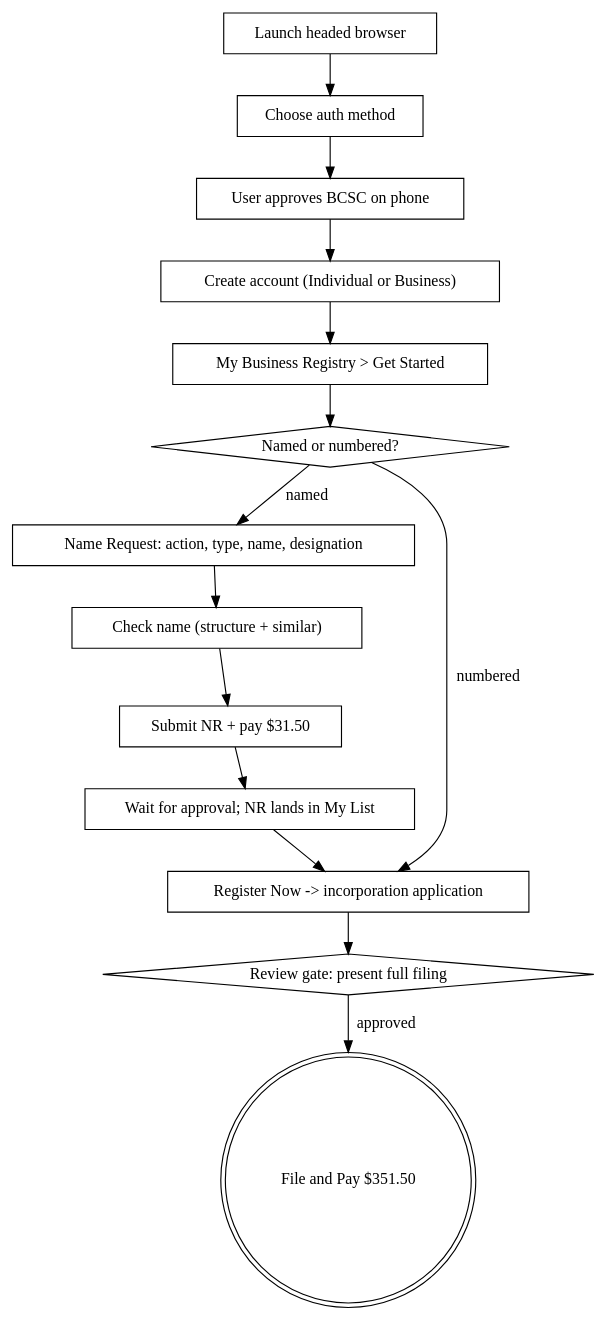
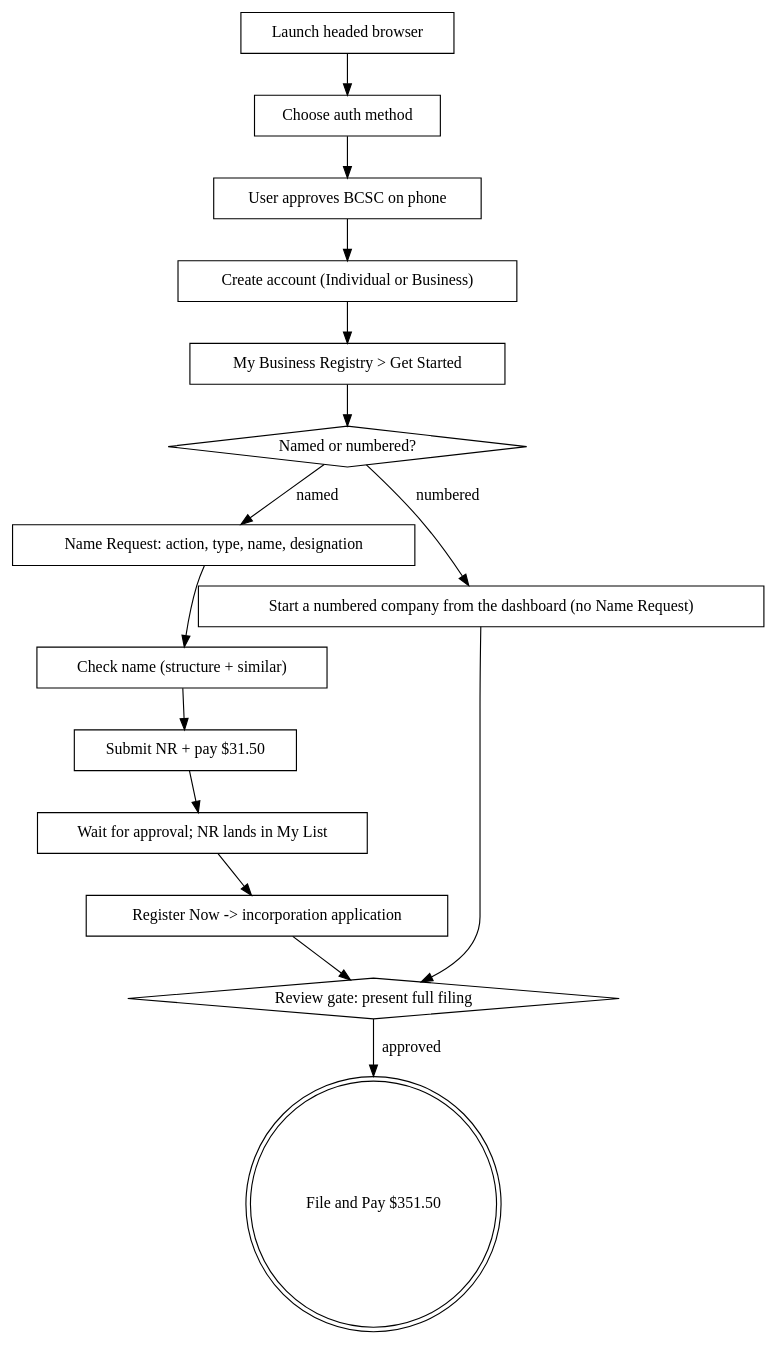
Before and after one commit to pooriaarab/skills: the diagram in bc-incorporation/SKILL.md, drawn with Graphviz. The commit also changed other lines of this file and 1 other file, not shown here.

First line of the commit message:
Fix the numbered path and offscreen choices

````diff
--- a/bc-incorporation/SKILL.md
+++ b/bc-incorporation/SKILL.md
@@ -49,31 +49,33 @@
 ```dot
 digraph inc {
   "Launch headed browser" [shape=box];
   "Choose auth method" [shape=box];
   "User approves BCSC on phone" [shape=box];
   "Create account (Individual or Business)" [shape=box];
   "My Business Registry > Get Started" [shape=box];
   "Named or numbered?" [shape=diamond];
   "Name Request: action, type, name, designation" [shape=box];
   "Check name (structure + similar)" [shape=box];
   "Submit NR + pay $31.50" [shape=box];
   "Wait for approval; NR lands in My List" [shape=box];
   "Register Now -> incorporation application" [shape=box];
+  "Start a numbered company from the dashboard (no Name Request)" [shape=box];
   "Review gate: present full filing" [shape=diamond];
   "File and Pay $351.50" [shape=doublecircle];
 
   "Launch headed browser" -> "Choose auth method";
   "Choose auth method" -> "User approves BCSC on phone";
   "User approves BCSC on phone" -> "Create account (Individual or Business)";
   "Create account (Individual or Business)" -> "My Business Registry > Get Started";
   "My Business Registry > Get Started" -> "Named or numbered?";
   "Named or numbered?" -> "Name Request: action, type, name, designation" [label="named"];
-  "Named or numbered?" -> "Register Now -> incorporation application" [label="numbered"];
+  "Named or numbered?" -> "Start a numbered company from the dashboard (no Name Request)" [label="numbered"];
+  "Start a numbered company from the dashboard (no Name Request)" -> "Review gate: present full filing";
   "Name Request: action, type, name, designation" -> "Check name (structure + similar)";
   "Check name (structure + similar)" -> "Submit NR + pay $31.50";
   "Submit NR + pay $31.50" -> "Wait for approval; NR lands in My List";
   "Wait for approval; NR lands in My List" -> "Register Now -> incorporation application";
   "Register Now -> incorporation application" -> "Review gate: present full filing";
   "Review gate: present full filing" -> "File and Pay $351.50" [label="approved"];
 }
 ```
````
